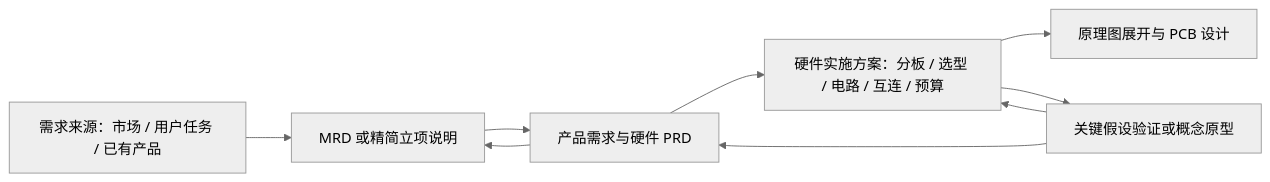
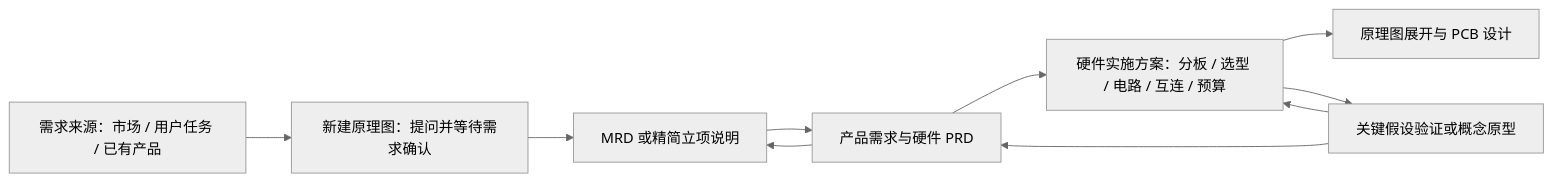
The diagram in packages/dsh-kicad/skills/hardware-design-brief/SKILL.md (Huaqiu-Electronics/dsh-pcb-eda), drawn with Mermaid (neutral theme) before and after one commit. The commit also changed other lines of this file and 36 other files, not shown here.

First line of the commit message:
feat: add design plan fixture and tests for schematic generation

````diff
--- a/packages/dsh-kicad/skills/hardware-design-brief/SKILL.md
+++ b/packages/dsh-kicad/skills/hardware-design-brief/SKILL.md
@@ -28,11 +46,12 @@
 ```mermaid
 flowchart LR
-    A[需求来源：市场 / 用户任务 / 已有产品] --> B[MRD 或精简立项说明]
+    A[需求来源：市场 / 用户任务 / 已有产品] --> Q[新建原理图：提问并等待需求确认]
+    Q --> B[MRD 或精简立项说明]
     B --> C[产品需求与硬件 PRD]
     C --> D[硬件实施方案：分板 / 选型 / 电路 / 互连 / 预算]
     D --> E[原理图展开与 PCB 设计]
     D --> F[关键假设验证或概念原型]
     F --> C
     F --> D
     C --> B
 ```
````
